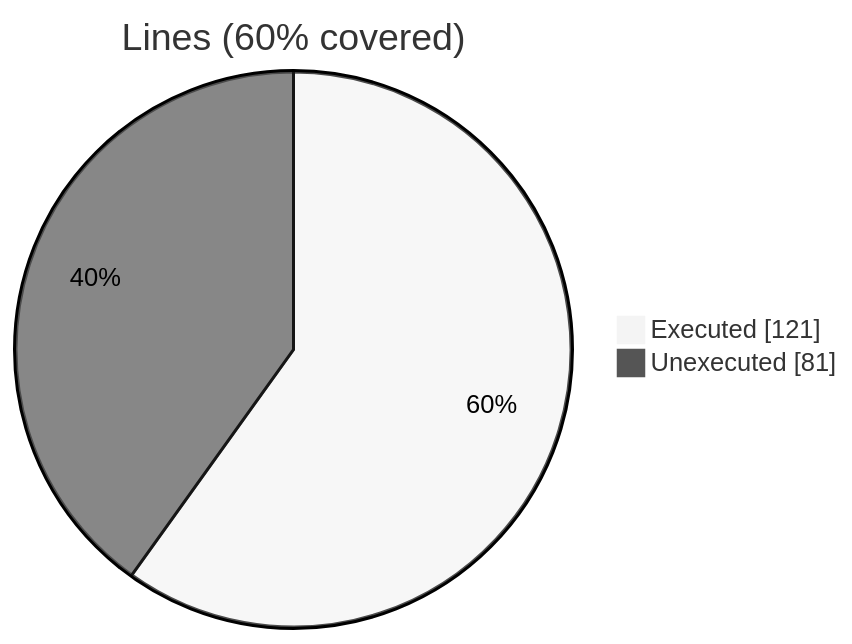
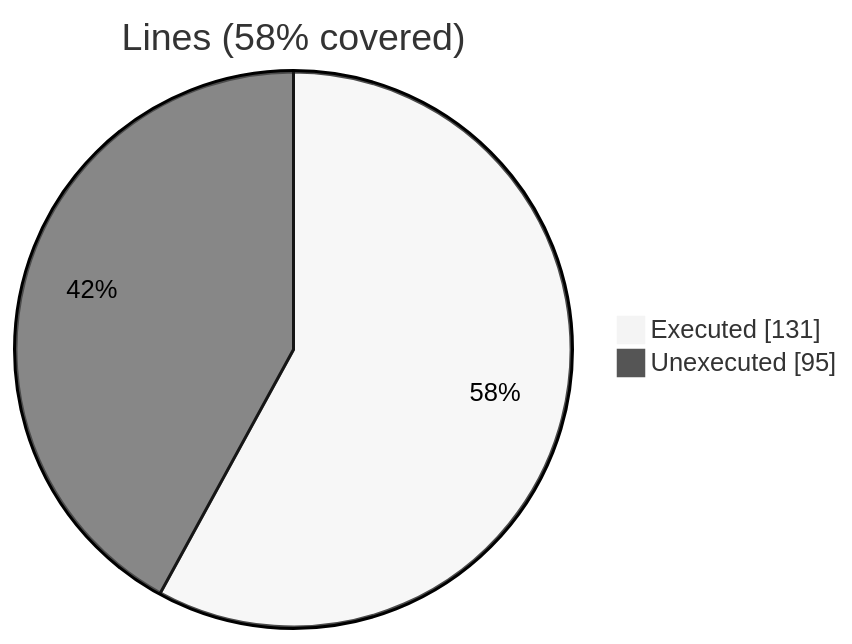
One commit to szaghi/FOSSIL changed the first of 2 diagrams in docs/guide/fossil_aabb_tree_object.f90.gcov.md. Above: the diagram before and after it, drawn with Mermaid (neutral theme). The commit also changed other lines of this file and 40 other files, not shown here.

````diff
--- a/docs/guide/fossil_aabb_tree_object.f90.gcov.md
+++ b/docs/guide/fossil_aabb_tree_object.f90.gcov.md
@@ -10,6 +10,6 @@
 ```mermaid
 pie showData
-    title Lines (60% covered)
-    "Executed" : 121
-    "Unexecuted" : 81
+    title Lines (58% covered)
+    "Executed" : 131
+    "Unexecuted" : 95
 ```
````
